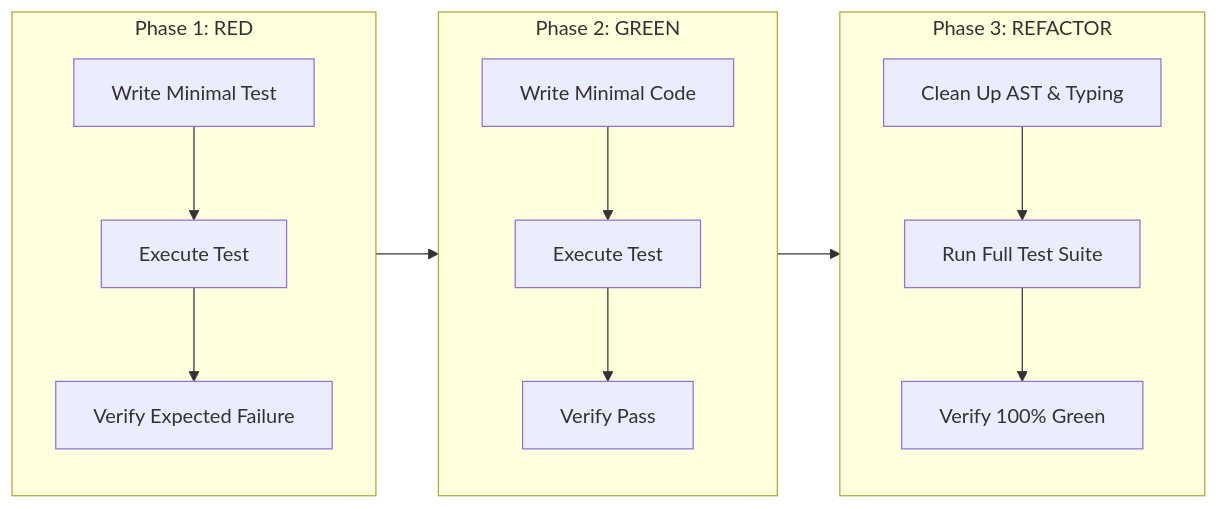
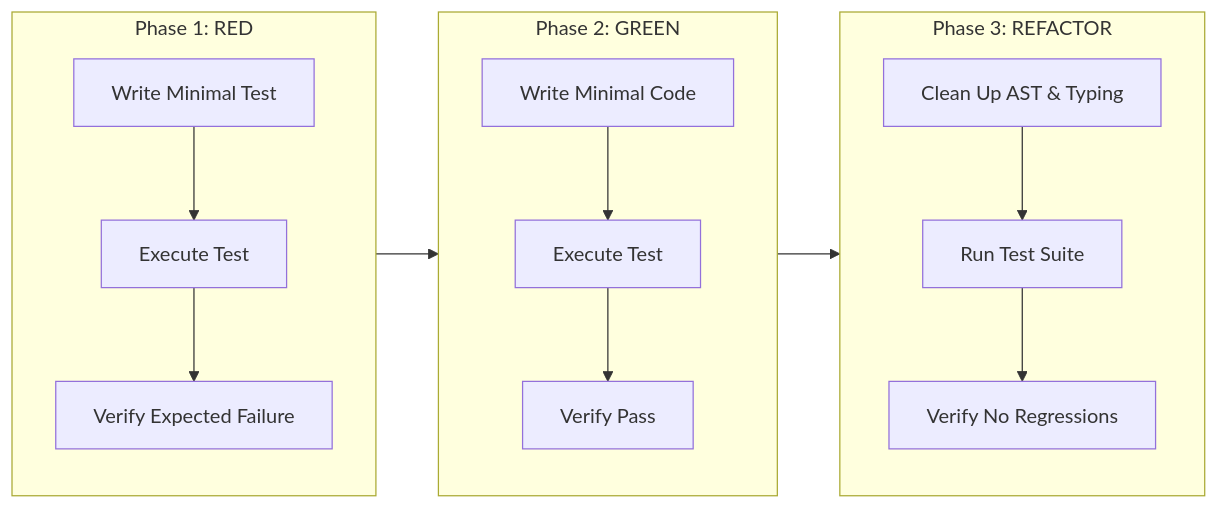
One commit to Youssef1473/Jarvis2.0 changed the diagram in .agents/skills/test-driven-development/SKILL.md. Above: the diagram before and after it, drawn with Mermaid. The commit also changed other lines of this file and 3 other files, not shown here.

Commit message:
docs(agents): narrow graphify trigger, update testing patterns, and make project map portable

````diff
--- a/.agents/skills/test-driven-development/SKILL.md
+++ b/.agents/skills/test-driven-development/SKILL.md
@@ -20,16 +20,16 @@
 ```mermaid
 flowchart LR
     subgraph RED ["Phase 1: RED"]
         R1["Write Minimal Test"] --> R2["Execute Test"] --> R3["Verify Expected Failure"]
     end
 
     subgraph GREEN ["Phase 2: GREEN"]
         G1["Write Minimal Code"] --> G2["Execute Test"] --> G3["Verify Pass"]
     end
 
     subgraph REFACTOR ["Phase 3: REFACTOR"]
-        RF1["Clean Up AST & Typing"] --> RF2["Run Full Test Suite"] --> RF3["Verify 100% Green"]
+        RF1["Clean Up AST & Typing"] --> RF2["Run Test Suite"] --> RF3["Verify No Regressions"]
     end
 
     RED --> GREEN --> REFACTOR
 ```
````
